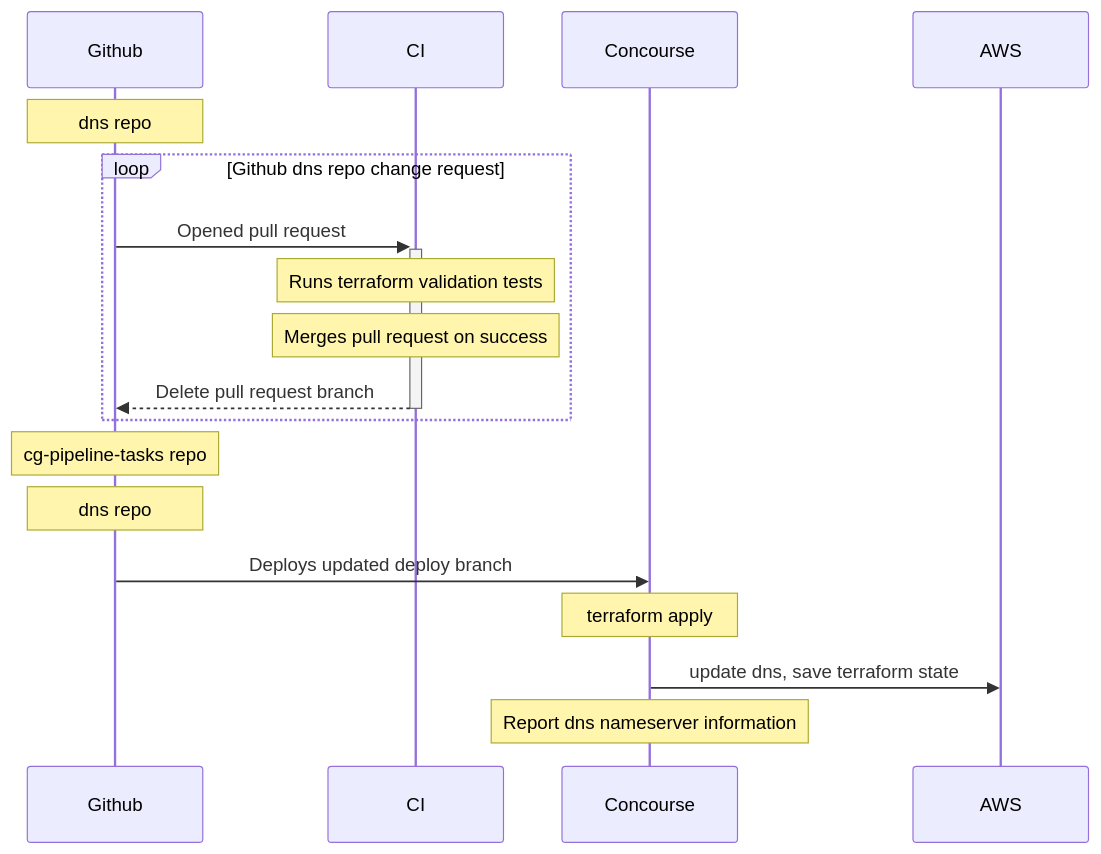
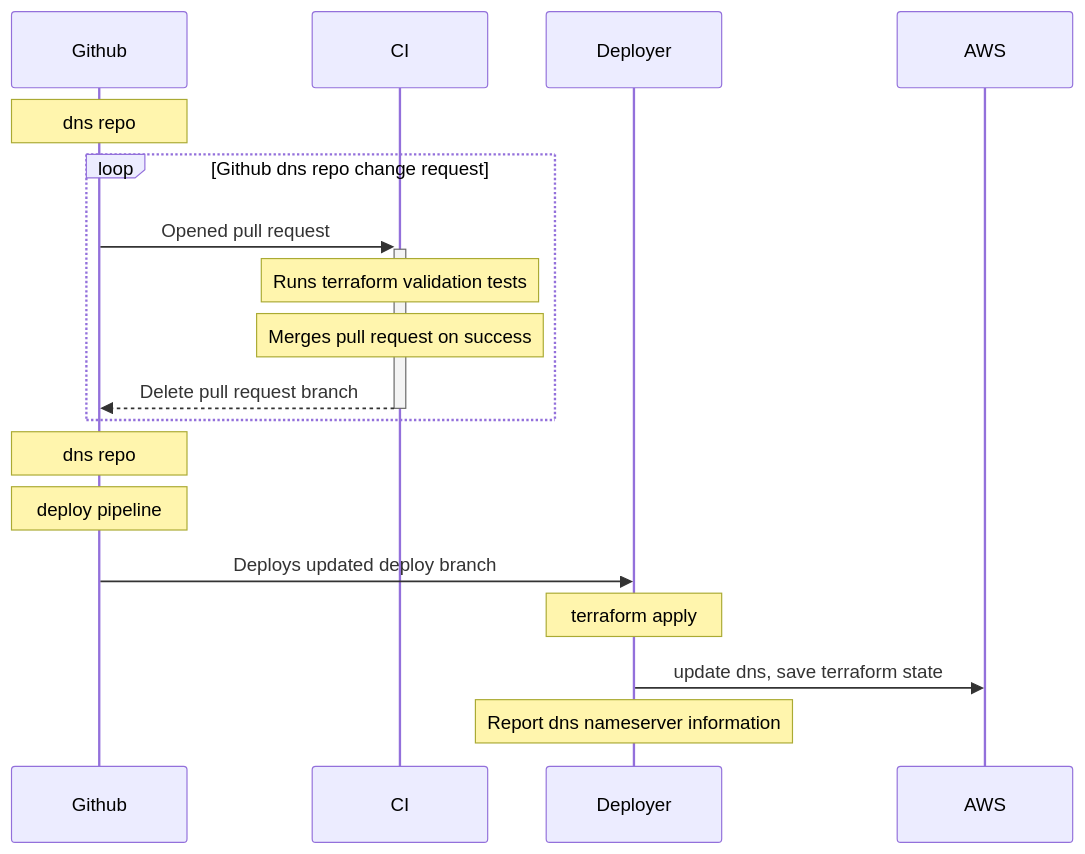
The diagram in doc/dns-pipeline.mmd (18F/dns), drawn with Mermaid before and after one commit. The commit also changed 1 other file, not shown here.

Commit message:
update docs on circle deployer

```diff
--- a/doc/dns-pipeline.mmd
+++ b/doc/dns-pipeline.mmd
@@ -1,24 +1,24 @@
 %% Sequence Diagram for dns deployment
 sequenceDiagram
   participant Github
   participant CI
-  participant Concourse
+  participant Deployer
   participant AWS
 
   note over Github: dns repo
   loop Github dns repo change request
     Github ->>+ CI: Opened pull request
 
     Note over CI: Runs terraform validation tests
     Note over CI: Merges pull request on success
     CI -->>- Github: Delete pull request branch
   end
 
-  Note over Github: cg-pipeline-tasks repo
   Note over Github: dns repo
-  Github ->> Concourse: Deploys updated deploy branch
+  Note over Github: deploy pipeline
+  Github ->> Deployer: Deploys updated deploy branch
 
-  Note over Concourse: terraform apply
-  Concourse ->> AWS: update dns, save terraform state
+  Note over Deployer: terraform apply
+  Deployer ->> AWS: update dns, save terraform state
 
-  Note over Concourse: Report dns nameserver information
+  Note over Deployer: Report dns nameserver information
```
